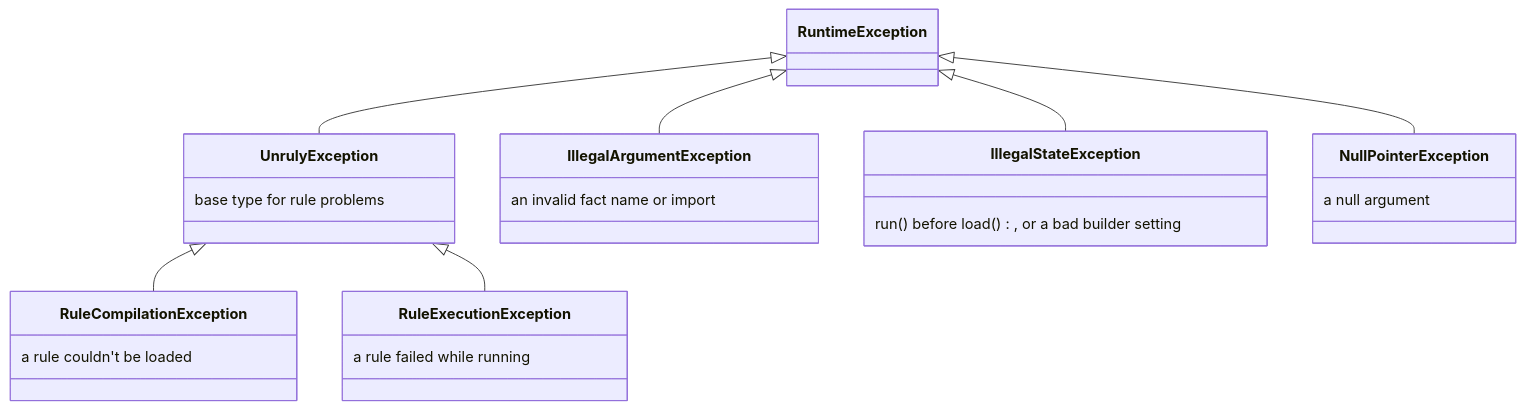
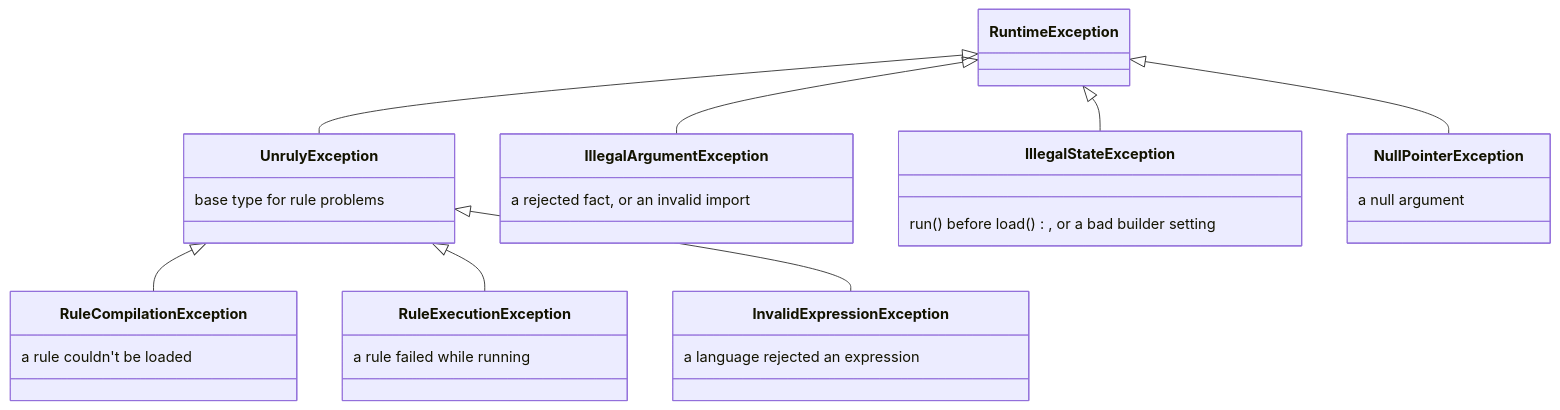
The diagram in docs/error-handling.md (brantunger/unruly-engine), drawn with Mermaid before and after one commit. The commit also changed other lines of this file and 8 other files, not shown here.

````diff
--- a/docs/error-handling.md
+++ b/docs/error-handling.md
@@ -21,28 +22,32 @@
 ```mermaid
 classDiagram
     direction TB
     RuntimeException <|-- UnrulyException
     UnrulyException <|-- RuleCompilationException
     UnrulyException <|-- RuleExecutionException
+    UnrulyException <|-- InvalidExpressionException
     RuntimeException <|-- IllegalArgumentException
     RuntimeException <|-- IllegalStateException
     RuntimeException <|-- NullPointerException
     class UnrulyException {
         base type for rule problems
     }
     class RuleCompilationException {
         a rule couldn't be loaded
     }
     class RuleExecutionException {
         a rule failed while running
     }
+    class InvalidExpressionException {
+        a language rejected an expression
+    }
     class IllegalArgumentException {
-        an invalid fact name or import
+        a rejected fact, or an invalid import
     }
     class IllegalStateException {
         run() before load(), or a bad builder setting
     }
     class NullPointerException {
         a null argument
     }
 ```
````
